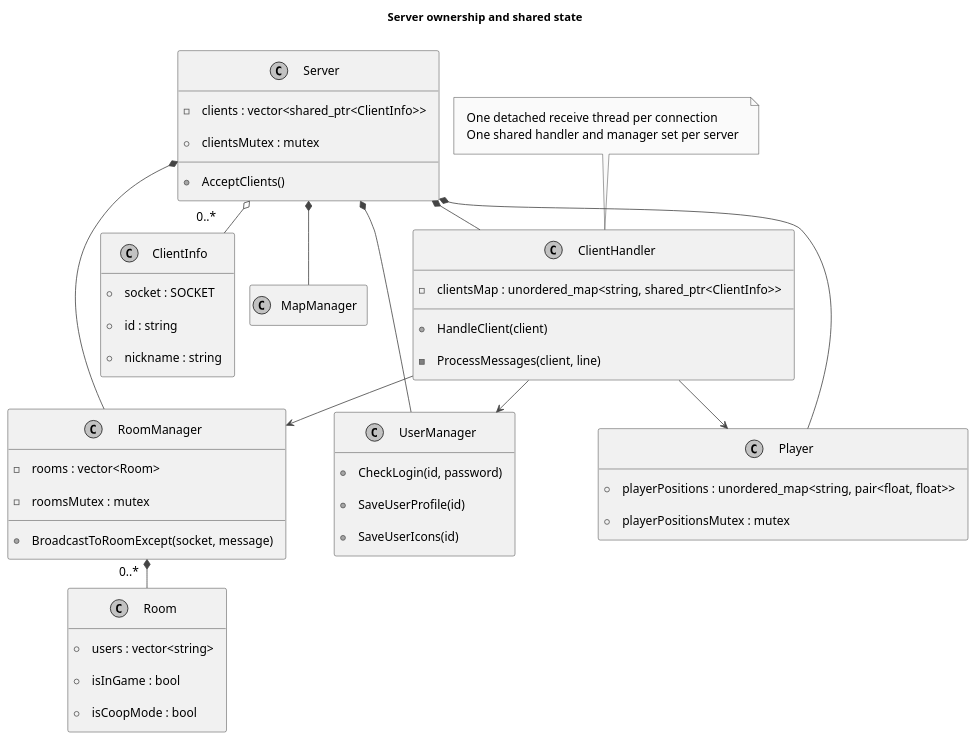
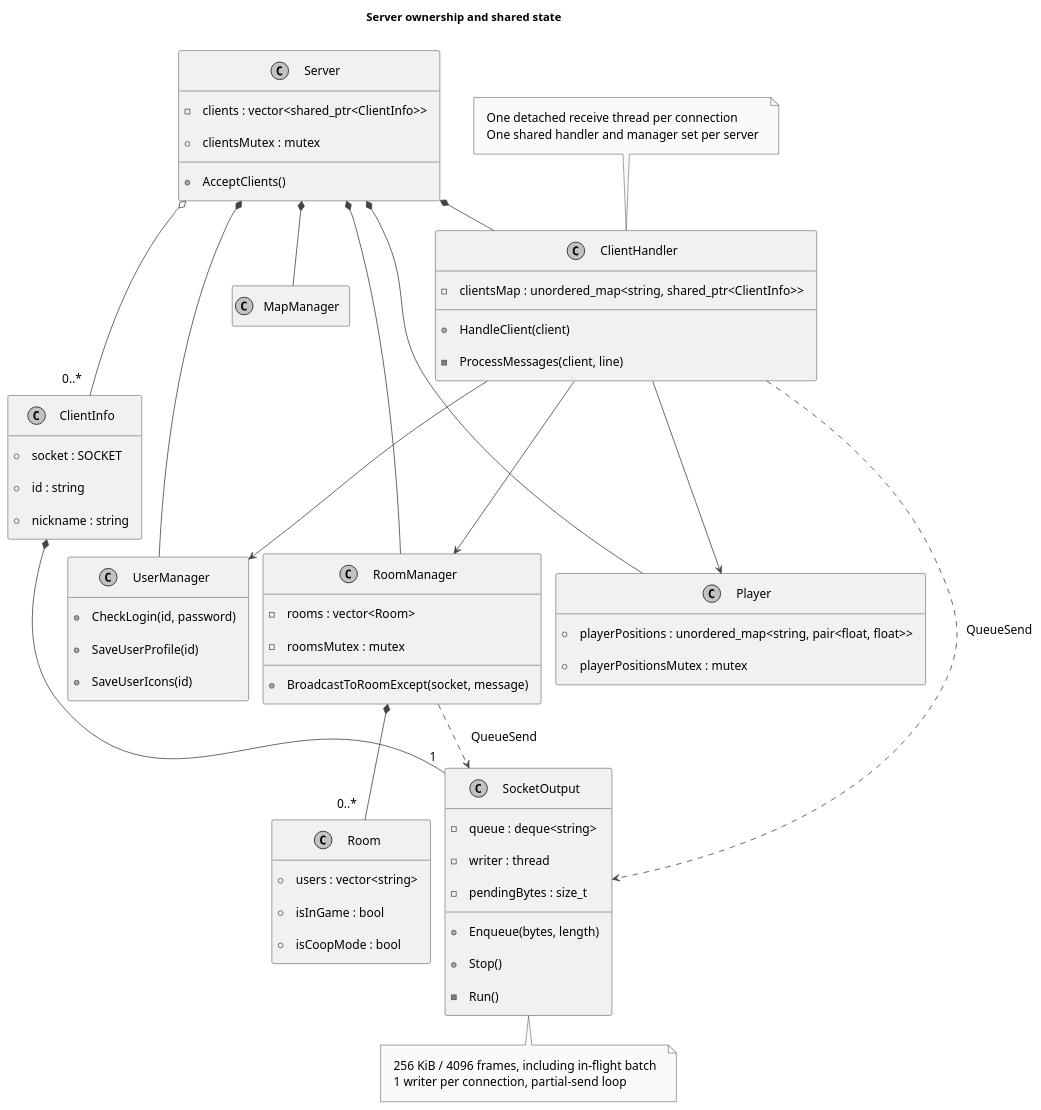
The diagram in docs/engineering/diagrams/server-classes-en.puml (YSL-RyuDo/BnBServer), drawn with PlantUML before and after one commit. The commit also changed 61 other files, not shown here.

```diff
--- a/docs/engineering/diagrams/server-classes-en.puml
+++ b/docs/engineering/diagrams/server-classes-en.puml
@@ -1,62 +1,77 @@
 @startuml
 !pragma layout smetana
 skinparam monochrome true
 skinparam shadowing false
 skinparam backgroundColor white
 skinparam defaultFontName "Malgun Gothic"
 skinparam defaultFontSize 15
 skinparam ArrowColor #444444
 skinparam Padding 10
 skinparam sequenceMessageAlign center
 hide footbox
 title Server ownership and shared state
 hide empty members
 class Server {
   - clients : vector<shared_ptr<ClientInfo>>
   + clientsMutex : mutex
   + AcceptClients()
 }
 class ClientHandler {
   - clientsMap : unordered_map<string, shared_ptr<ClientInfo>>
   + HandleClient(client)
   - ProcessMessages(client, line)
 }
 class ClientInfo {
   + socket : SOCKET
   + id : string
   + nickname : string
 }
 class RoomManager {
   - rooms : vector<Room>
   - roomsMutex : mutex
   + BroadcastToRoomExcept(socket, message)
 }
 class Room {
   + users : vector<string>
   + isInGame : bool
   + isCoopMode : bool
 }
 class UserManager {
   + CheckLogin(id, password)
   + SaveUserProfile(id)
   + SaveUserIcons(id)
 }
 class Player {
   + playerPositions : unordered_map<string, pair<float, float>>
   + playerPositionsMutex : mutex
 }
 Server *-- ClientHandler
 Server *-- RoomManager
 Server *-- UserManager
 Server *-- Player
 Server *-- MapManager
 Server o-- "0..*" ClientInfo
 ClientHandler --> RoomManager
 ClientHandler --> UserManager
 ClientHandler --> Player
 RoomManager *-- "0..*" Room
 note top of ClientHandler
 One detached receive thread per connection
 One shared handler and manager set per server
 end note
+class SocketOutput {
+  - queue : deque<string>
+  - writer : thread
+  - pendingBytes : size_t
+  + Enqueue(bytes, length)
+  + Stop()
+  - Run()
+}
+ClientInfo *-- "1" SocketOutput
+ClientHandler ..> SocketOutput : QueueSend
+RoomManager ..> SocketOutput : QueueSend
+note bottom of SocketOutput
+256 KiB / 4096 frames, including in-flight batch
+1 writer per connection, partial-send loop
+end note
 @enduml
```
